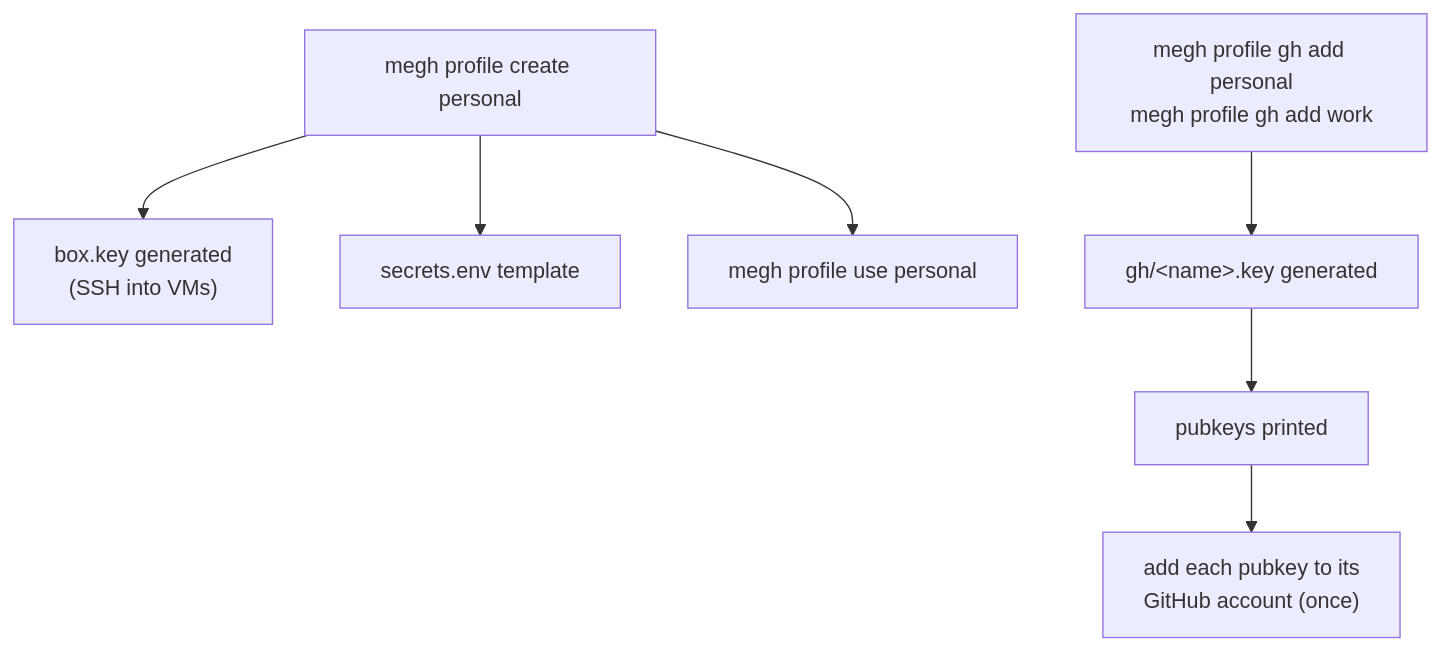
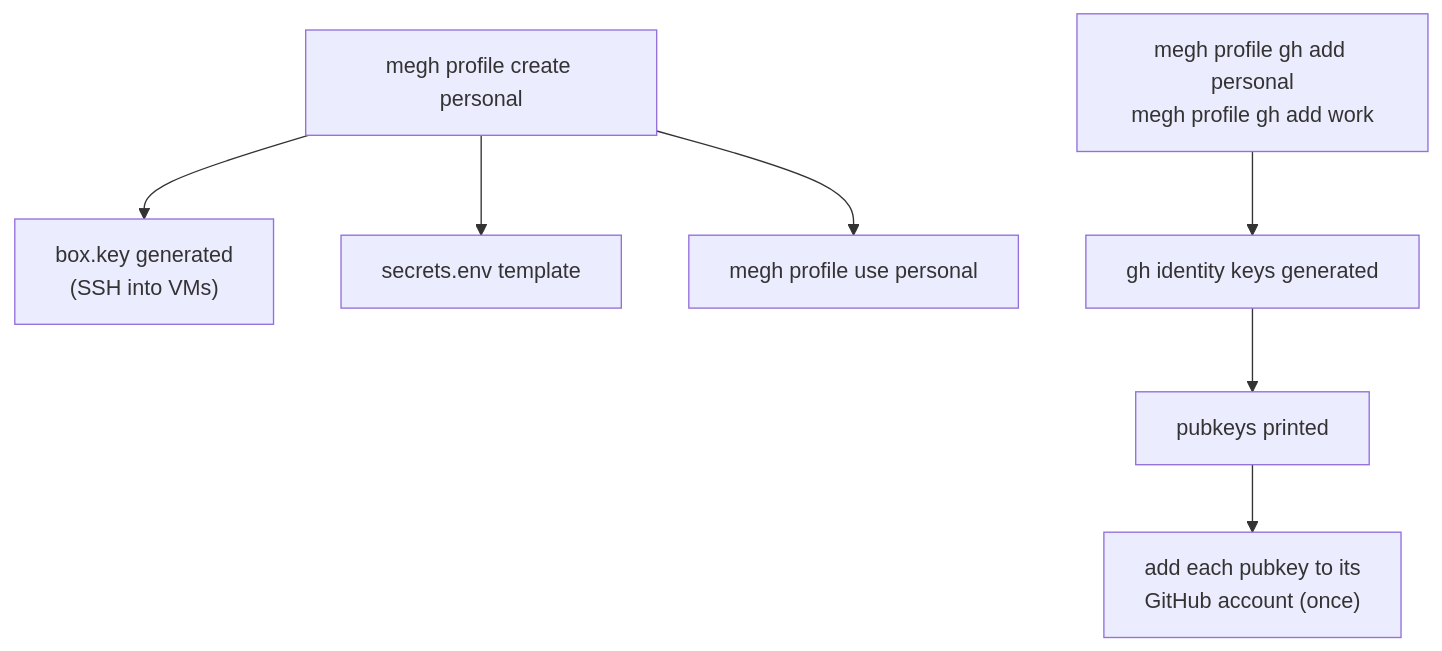
Before and after one commit to panyam/megh: the second of 5 diagrams in docs/LIFECYCLE.md, drawn with Mermaid. The commit also changed other lines of this file, not shown here.

Commit message:
Fix mermaid syntax in LIFECYCLE.md (entities, braces, classDef ordering, br)

````diff
--- a/docs/LIFECYCLE.md
+++ b/docs/LIFECYCLE.md
@@ -25,9 +25,9 @@
 ```mermaid
 flowchart TD
-  create["megh profile create personal"] --> boxkey["box.key generated<br/>(SSH into VMs)"]
+  create["megh profile create personal"] --> boxkey["box.key generated<br>(SSH into VMs)"]
   create --> secrets["secrets.env template"]
-  ghadd["megh profile gh add personal<br/>megh profile gh add work"] --> ghkeys["gh/&lt;name&gt;.key generated"]
+  ghadd["megh profile gh add personal<br>megh profile gh add work"] --> ghkeys["gh identity keys generated"]
   ghkeys --> pub["pubkeys printed"]
-  pub --> github["add each pubkey to its<br/>GitHub account (once)"]
+  pub --> github["add each pubkey to its<br>GitHub account (once)"]
   create --> use["megh profile use personal"]
 ```
````
